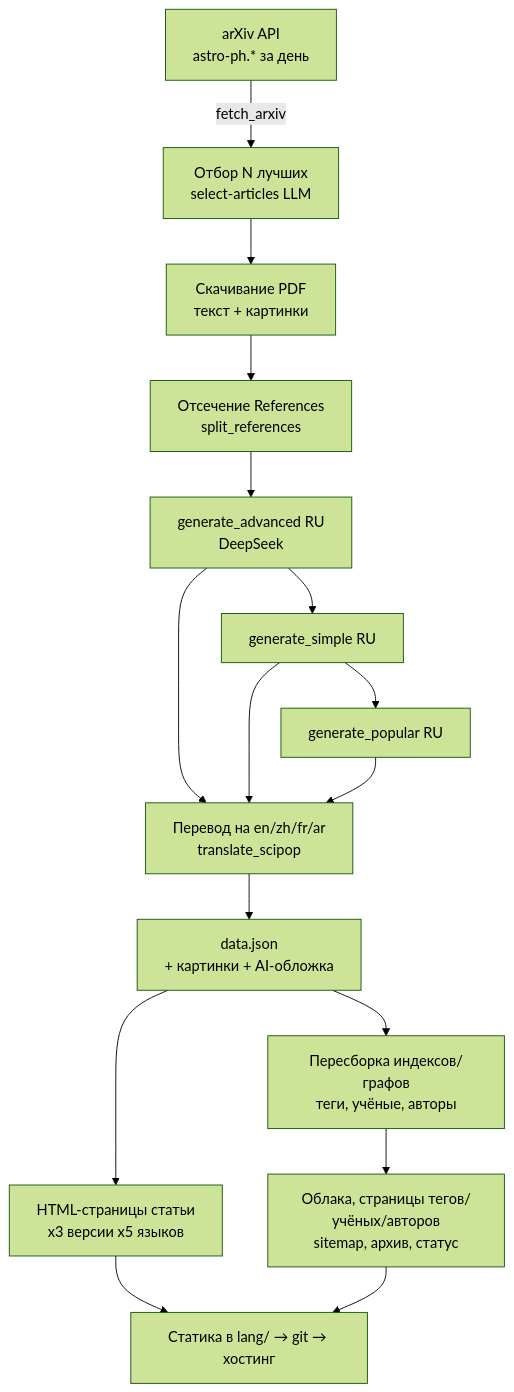
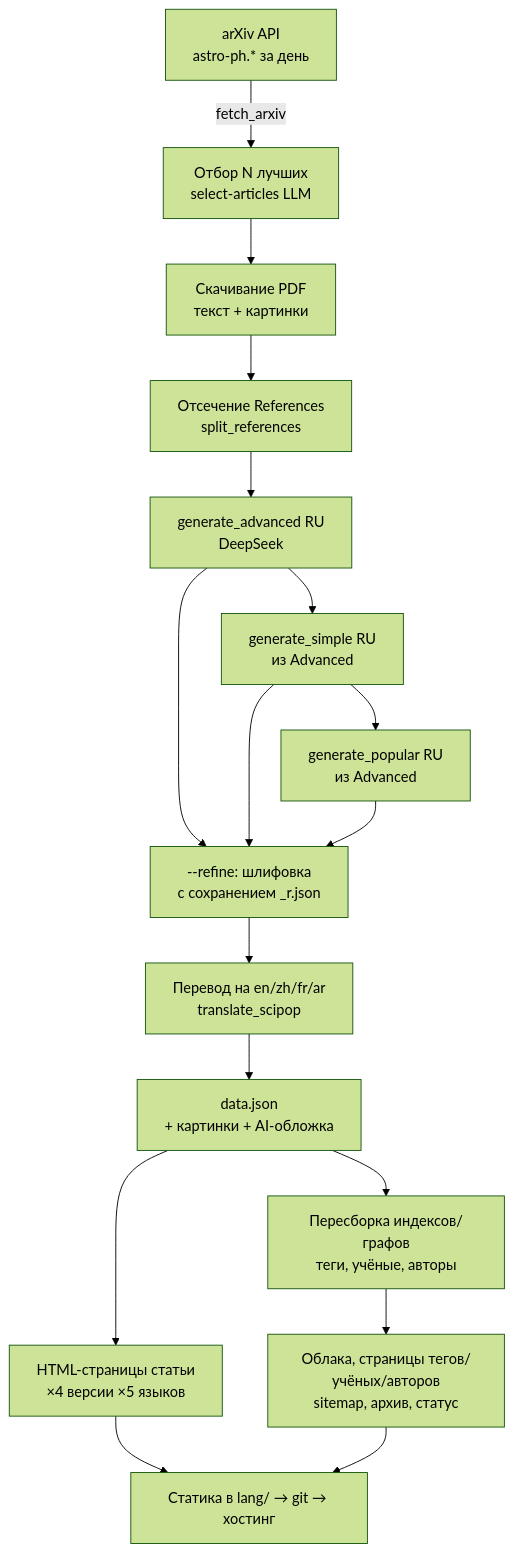
One commit to igogogo/bridge42worlds changed the first of 2 diagrams in HANDOFF.md. Above: the diagram before and after it, drawn with Mermaid (forest theme). The commit also changed other lines of this file and 1934 other files, not shown here.

````diff
--- a/HANDOFF.md
+++ b/HANDOFF.md
@@ -66,15 +81,16 @@
 ```mermaid
 flowchart TD
     A[arXiv API<br/>astro-ph.* за день] -->|fetch_arxiv| B[Отбор N лучших<br/>select-articles LLM]
     B --> C[Скачивание PDF<br/>текст + картинки]
     C --> D[Отсечение References<br/>split_references]
     D --> E[generate_advanced RU<br/>DeepSeek]
-    E --> F[generate_simple RU]
-    F --> G[generate_popular RU]
-    E & F & G --> H[Перевод на en/zh/fr/ar<br/>translate_scipop]
-    H --> I[data.json<br/>+ картинки + AI-обложка]
-    I --> J[HTML-страницы статьи<br/>x3 версии x5 языков]
-    I --> K[Пересборка индексов/графов<br/>теги, учёные, авторы]
-    K --> L[Облака, страницы тегов/учёных/авторов<br/>sitemap, архив, статус]
-    J & L --> M[Статика в lang/ → git → хостинг]
+    E --> F[generate_simple RU<br/>из Advanced]
+    F --> G[generate_popular RU<br/>из Advanced]
+    E & F & G --> H[--refine: шлифовка<br/>с сохранением _r.json]
+    H --> I[Перевод на en/zh/fr/ar<br/>translate_scipop]
+    I --> J[data.json<br/>+ картинки + AI-обложка]
+    J --> K[HTML-страницы статьи<br/>×4 версии ×5 языков]
+    J --> L[Пересборка индексов/графов<br/>теги, учёные, авторы]
+    L --> M[Облака, страницы тегов/учёных/авторов<br/>sitemap, архив, статус]
+    K & M --> N[Статика в lang/ → git → хостинг]
 ```
````
